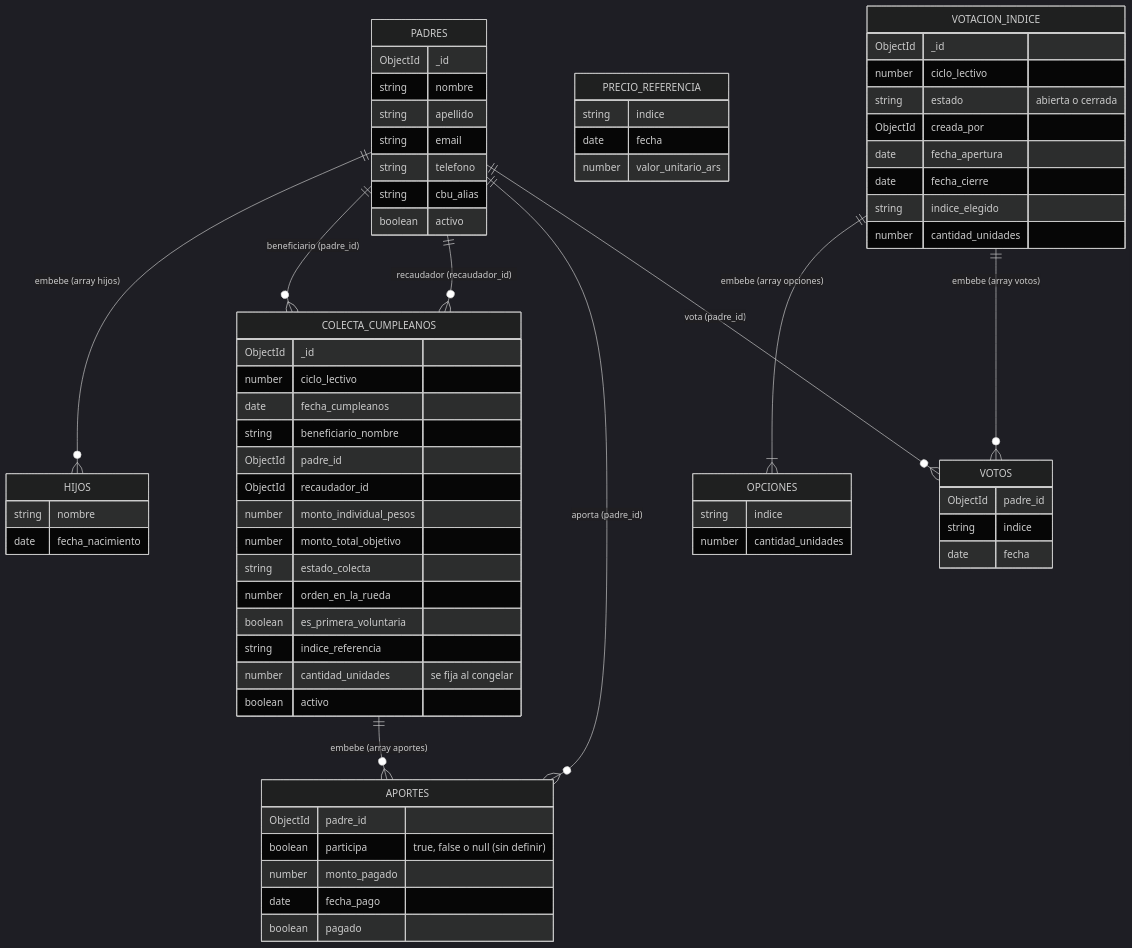
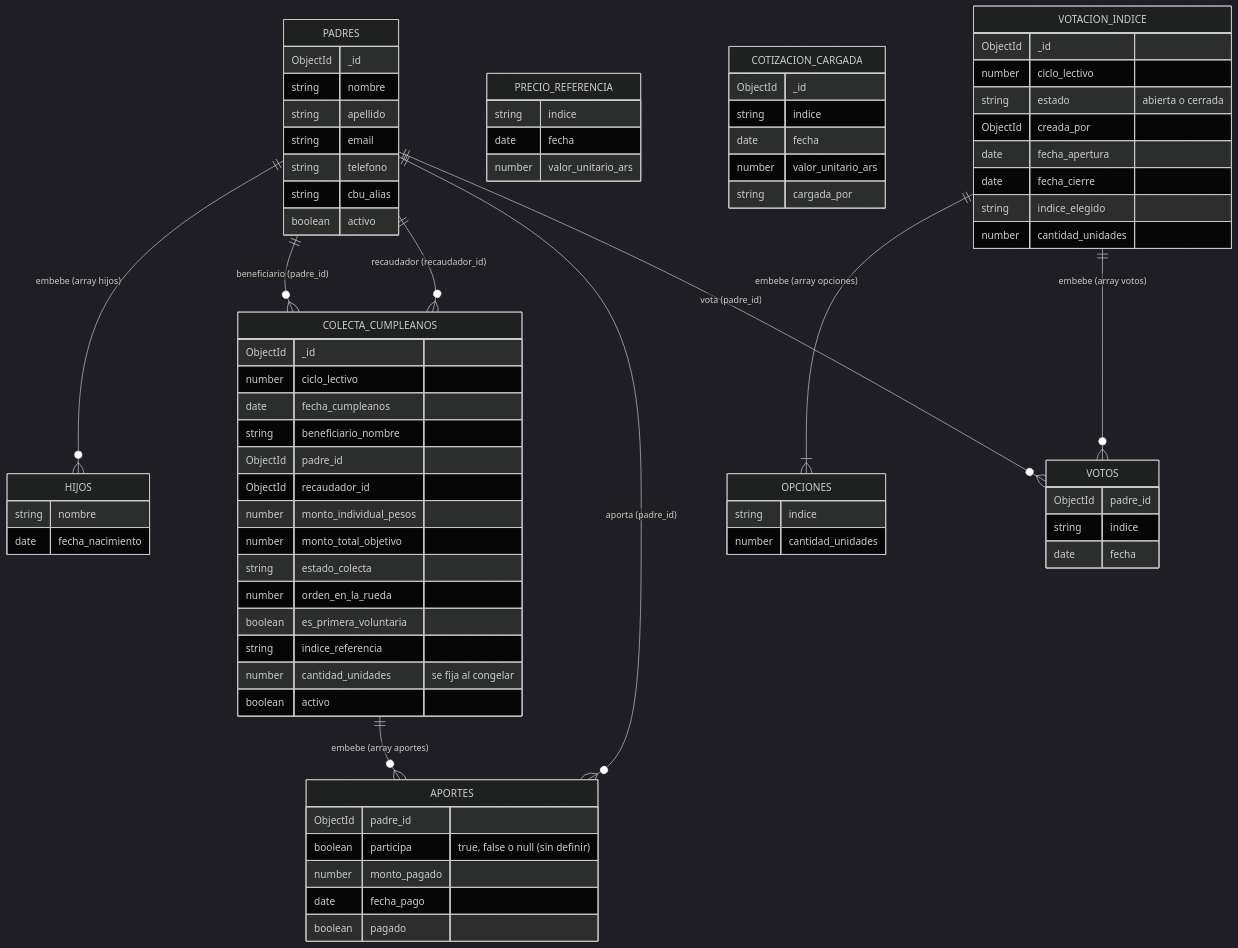
One commit to Cigarcia1307/TrabajoFinalIntegrador changed the diagram in README.md. Above: the diagram before and after it, drawn with Mermaid (dark theme). The commit also changed other lines of this file and 27 other files, not shown here.

````diff
--- a/README.md
+++ b/README.md
@@ -71,72 +71,79 @@
 ```mermaid
 erDiagram
     PADRES {
         ObjectId _id
         string nombre
         string apellido
         string email
         string telefono
         string cbu_alias
         boolean activo
     }
     HIJOS {
         string nombre
         date fecha_nacimiento
     }
     COLECTA_CUMPLEANOS {
         ObjectId _id
         number ciclo_lectivo
         date fecha_cumpleanos
         string beneficiario_nombre
         ObjectId padre_id
         ObjectId recaudador_id
         number monto_individual_pesos
         number monto_total_objetivo
         string estado_colecta
         number orden_en_la_rueda
         boolean es_primera_voluntaria
         string indice_referencia
         number cantidad_unidades "se fija al congelar"
         boolean activo
     }
     APORTES {
         ObjectId padre_id
         boolean participa "true, false o null (sin definir)"
         number monto_pagado
         date fecha_pago
         boolean pagado
     }
     PRECIO_REFERENCIA {
         string indice
         date fecha
         number valor_unitario_ars
     }
+    COTIZACION_CARGADA {
+        ObjectId _id
+        string indice
+        date fecha
+        number valor_unitario_ars
+        string cargada_por
+    }
     VOTACION_INDICE {
         ObjectId _id
         number ciclo_lectivo
         string estado "abierta o cerrada"
         ObjectId creada_por
         date fecha_apertura
         date fecha_cierre
         string indice_elegido
         number cantidad_unidades
     }
     OPCIONES {
         string indice
         number cantidad_unidades
     }
     VOTOS {
         ObjectId padre_id
         string indice
         date fecha
     }
 
     PADRES ||--o{ HIJOS : "embebe (array hijos)"
     PADRES ||--o{ COLECTA_CUMPLEANOS : "beneficiario (padre_id)"
     PADRES ||--o{ COLECTA_CUMPLEANOS : "recaudador (recaudador_id)"
     COLECTA_CUMPLEANOS ||--o{ APORTES : "embebe (array aportes)"
     PADRES ||--o{ APORTES : "aporta (padre_id)"
     VOTACION_INDICE ||--|{ OPCIONES : "embebe (array opciones)"
     VOTACION_INDICE ||--o{ VOTOS : "embebe (array votos)"
     PADRES ||--o{ VOTOS : "vota (padre_id)"
 ```
````
